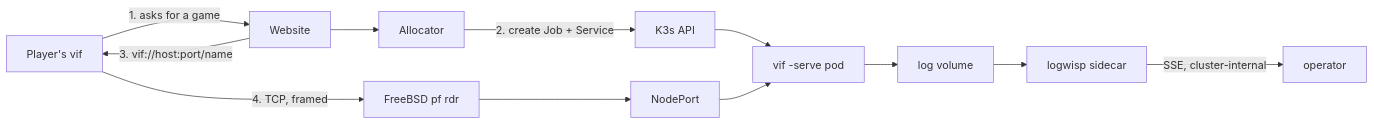
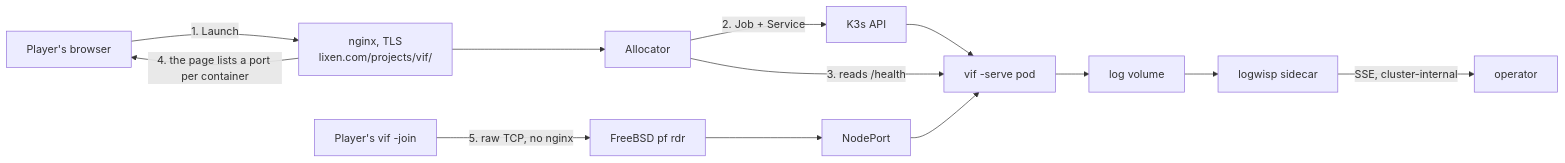
Before and after one commit to lixenwraith/vi-fighter: the diagram in doc/kube_docker_deploy.md, drawn with Mermaid. The commit also changed other lines of this file and 7 other files, not shown here.

````diff
--- a/doc/kube_docker_deploy.md
+++ b/doc/kube_docker_deploy.md
@@ -34,10 +35,11 @@
 ```mermaid
 flowchart LR
-    Player["Player's vif"] -->|"1. asks for a game"| Site["Website"]
+    Browser["Player's browser"] -->|"1. Launch"| Site["nginx, TLS<br/>lixen.com/projects/vif/"]
     Site --> Alloc["Allocator"]
-    Alloc -->|"2. create Job + Service"| API["K3s API"]
+    Alloc -->|"2. Job + Service"| API["K3s API"]
     API --> Pod["vif -serve pod"]
-    Site -->|"3. vif://host:port/name"| Player
-    Player -->|"4. TCP, framed"| PF["FreeBSD pf rdr"] --> NP["NodePort"] --> Pod
+    Alloc -->|"3. reads /health"| Pod
+    Site -->|"4. the page lists a port per container"| Browser
+    Term["Player's vif -join"] -->|"5. raw TCP, no nginx"| PF["FreeBSD pf rdr"] --> NP["NodePort"] --> Pod
     Pod --> Vol["log volume"] --> Wisp["logwisp sidecar"] -->|"SSE, cluster-internal"| Ops["operator"]
 ```
````
